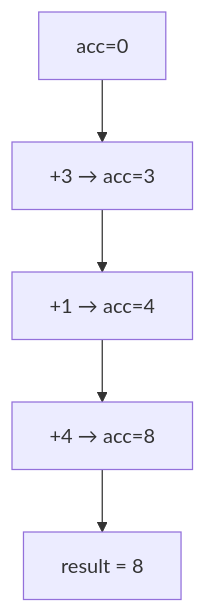
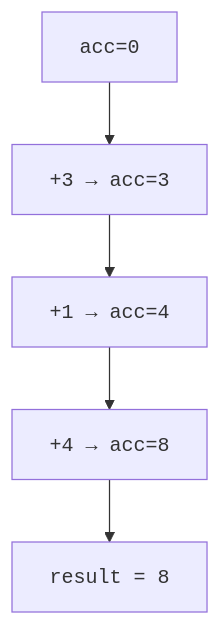
One commit to dataslope/dataslope changed the diagram in content/learn/csharp-linq-functional/aggregations.mdx. Above: the diagram before and after it, drawn with Mermaid. The commit also changed 100 other files, not shown here.

First line of the commit message:
Wrap more code in diagram labels: filenames, hex, assignments, subgraph titles

````diff
--- a/content/learn/csharp-linq-functional/aggregations.mdx
+++ b/content/learn/csharp-linq-functional/aggregations.mdx
@@ -200,7 +200,7 @@
 ```mermaid
 flowchart TD
-    A["acc=0"] --> B["+3 → acc=3"]
-    B --> C["+1 → acc=4"]
-    C --> D["+4 → acc=8"]
-    D --> E["result = 8"]
+    A["<code>acc=0</code>"] --> B["<code>+3 → acc=3</code>"]
+    B --> C["<code>+1 → acc=4</code>"]
+    C --> D["<code>+4 → acc=8</code>"]
+    D --> E["<code>result = 8</code>"]
 ```
````
